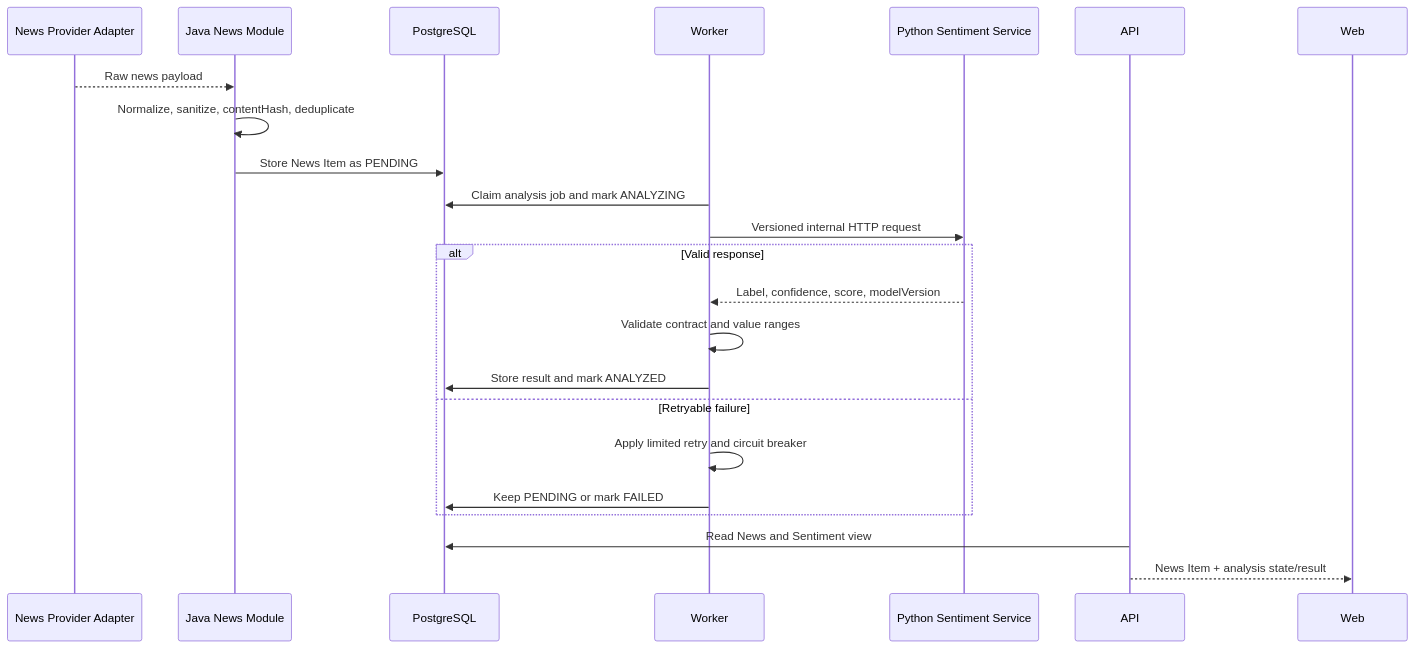
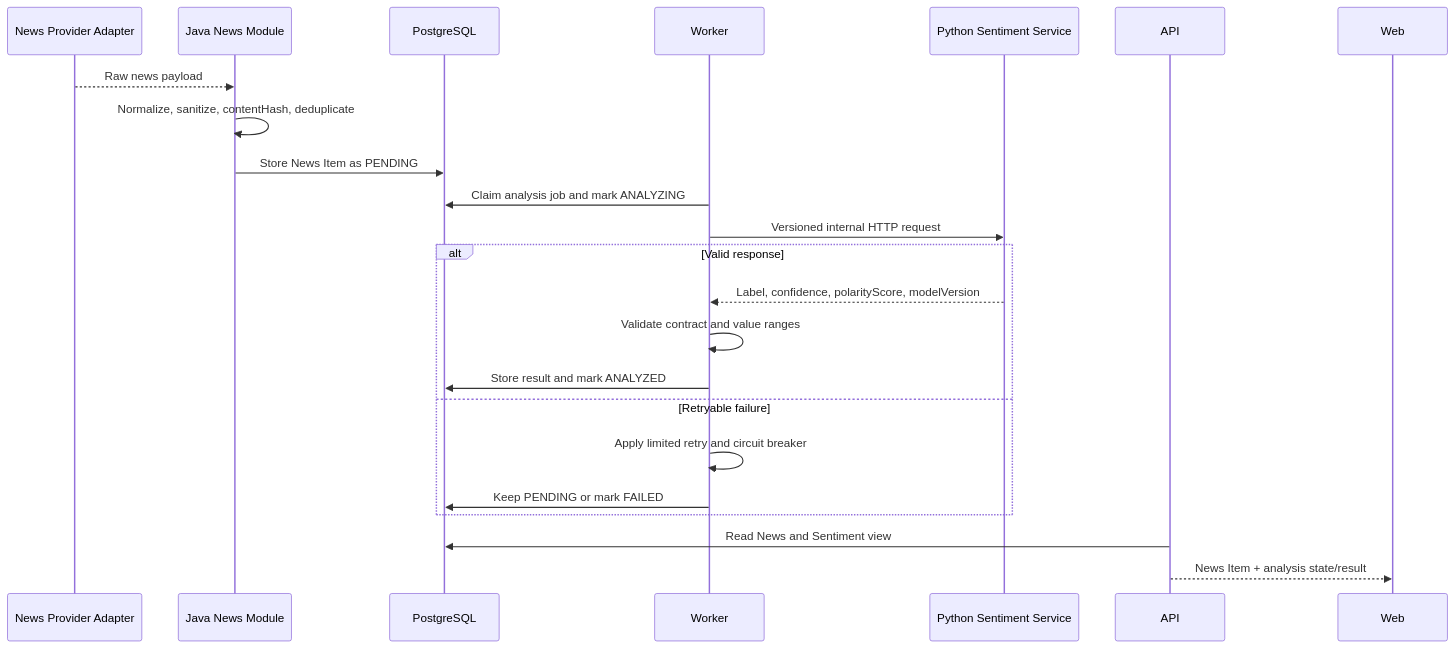
Before and after one commit to PhamVanMinhBinhThuan/crypto-strategy-platform: the fifth of 5 diagrams in docs/architecture/data-flows.md, drawn with Mermaid. The commit also changed 18 other files, not shown here.

````diff
--- a/docs/architecture/data-flows.md
+++ b/docs/architecture/data-flows.md
@@ -171,26 +171,26 @@
 ```mermaid
 sequenceDiagram
     participant Provider as News Provider Adapter
     participant News as Java News Module
     participant DB as PostgreSQL
     participant Worker
     participant Sentiment as Python Sentiment Service
     participant API
     participant Web
 
     Provider-->>News: Raw news payload
     News->>News: Normalize, sanitize, contentHash, deduplicate
     News->>DB: Store News Item as PENDING
     Worker->>DB: Claim analysis job and mark ANALYZING
     Worker->>Sentiment: Versioned internal HTTP request
     alt Valid response
-        Sentiment-->>Worker: Label, confidence, score, modelVersion
+        Sentiment-->>Worker: Label, confidence, polarityScore, modelVersion
         Worker->>Worker: Validate contract and value ranges
         Worker->>DB: Store result and mark ANALYZED
     else Retryable failure
         Worker->>Worker: Apply limited retry and circuit breaker
         Worker->>DB: Keep PENDING or mark FAILED
     end
     API->>DB: Read News and Sentiment view
     API-->>Web: News Item + analysis state/result
 ```
````
